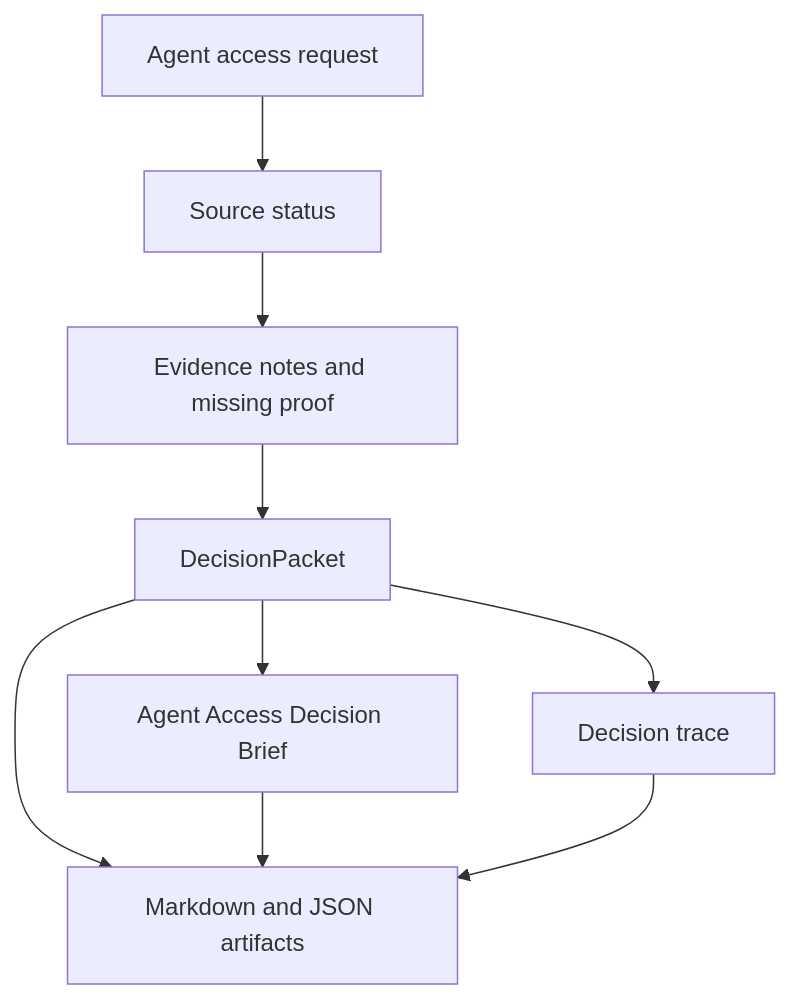
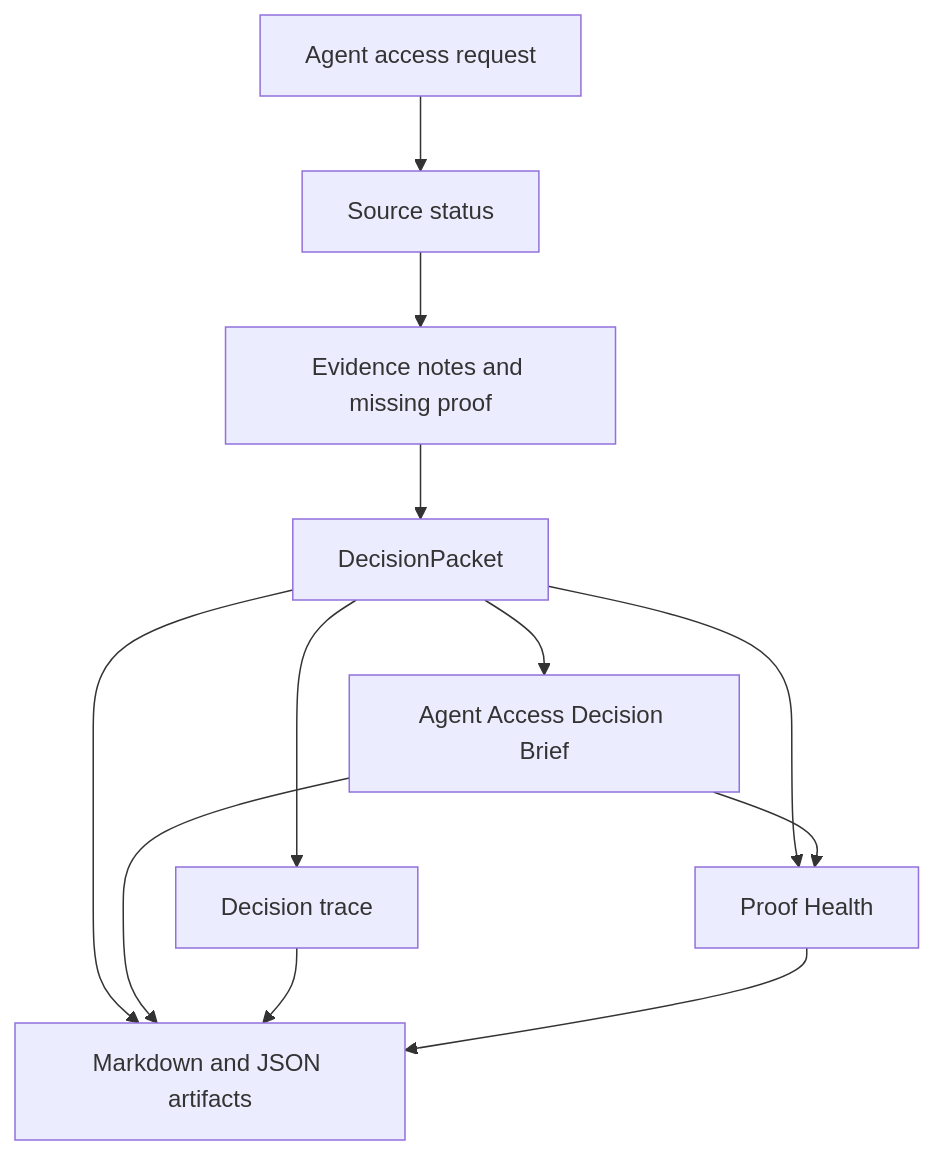
Before and after one commit to jayeshsuyal/inferenceatlas-agent-demo: the diagram in docs/ARCHITECTURE.md, drawn with Mermaid. The commit also changed other lines of this file and 26 other files, not shown here.

Commit message:
feat: add public proof health surface

````diff
--- a/docs/ARCHITECTURE.md
+++ b/docs/ARCHITECTURE.md
@@ -8,11 +8,14 @@
 ```mermaid
 flowchart TD
     A["Agent access request"] --> B["Source status"]
     B --> C["Evidence notes and missing proof"]
     C --> D["DecisionPacket"]
     D --> E["Agent Access Decision Brief"]
     D --> F["Decision trace"]
-    D --> G["Markdown and JSON artifacts"]
+    D --> G["Proof Health"]
+    D --> H["Markdown and JSON artifacts"]
     E --> G
-    F --> G
+    E --> H
+    F --> H
+    G --> H
 ```
````
